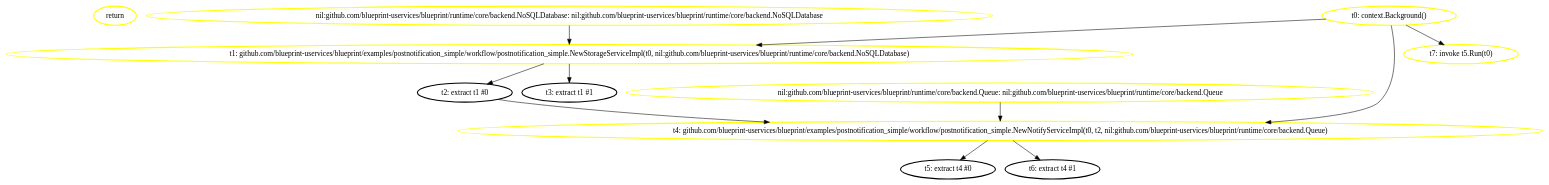
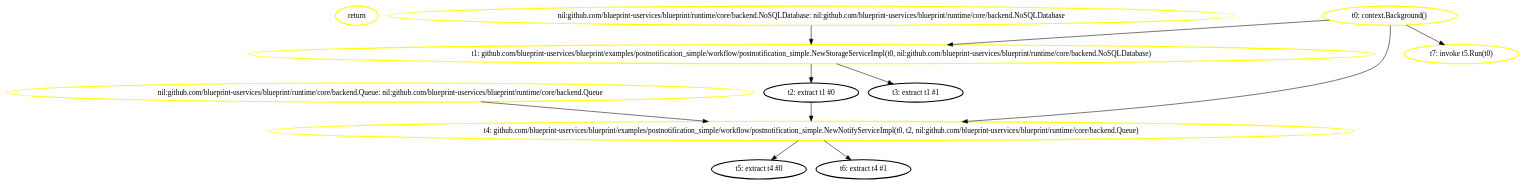
One commit to aletheia-microservices/aletheia changed the diagram in ssa_analysis/analyzer/output/blueprint/postnotification/notifyservice_run/graphs/main.main.dot. Above: the diagram before and after it, drawn with Graphviz. The commit also changed 21 other files, not shown here.

```diff
--- a/ssa_analysis/analyzer/output/blueprint/postnotification/notifyservice_run/graphs/main.main.dot
+++ b/ssa_analysis/analyzer/output/blueprint/postnotification/notifyservice_run/graphs/main.main.dot
@@ -1,24 +1,24 @@
 digraph G {
 	rankdir=TD;
-	N_instr_ret_1243164038 [label="return", style=bold, shape=ellipse, color="yellow"];
-	N_nil_1835283960 [label="nil:github.com/blueprint-uservices/blueprint/runtime/core/backend.NoSQLDatabase: nil:github.com/blueprint-uservices/blueprint/runtime/core/backend.NoSQLDatabase", style=bold, shape=ellipse, color="yellow"];
-	N_nil_688110876 [label="nil:github.com/blueprint-uservices/blueprint/runtime/core/backend.Queue: nil:github.com/blueprint-uservices/blueprint/runtime/core/backend.Queue", style=bold, shape=ellipse, color="yellow"];
+	N_instr_ret_8329678 [label="return", style=bold, shape=ellipse, color="yellow"];
+	N_nil_1514921166 [label="nil:github.com/blueprint-uservices/blueprint/runtime/core/backend.Queue: nil:github.com/blueprint-uservices/blueprint/runtime/core/backend.Queue", style=bold, shape=ellipse, color="yellow"];
+	N_nil_2006898575 [label="nil:github.com/blueprint-uservices/blueprint/runtime/core/backend.NoSQLDatabase: nil:github.com/blueprint-uservices/blueprint/runtime/core/backend.NoSQLDatabase", style=bold, shape=ellipse, color="yellow"];
 	N_val_call_254 [label="t0: context.Background()", style=bold, shape=ellipse, color="yellow"];
 	N_val_call_360 [label="t1: github.com/blueprint-uservices/blueprint/examples/postnotification_simple/workflow/postnotification_simple.NewStorageServiceImpl(t0, nil:github.com/blueprint-uservices/blueprint/runtime/core/backend.NoSQLDatabase)", style=bold, shape=ellipse, color="yellow"];
 	N_val_call_479 [label="t4: github.com/blueprint-uservices/blueprint/examples/postnotification_simple/workflow/postnotification_simple.NewNotifyServiceImpl(t0, t2, nil:github.com/blueprint-uservices/blueprint/runtime/core/backend.Queue)", style=bold, shape=ellipse, color="yellow"];
 	N_val_call_541 [label="t7: invoke t5.Run(t0)", style=bold, shape=ellipse, color="yellow"];
 	N_val_extrt2 [label="t2: extract t1 #0", style=bold, shape=ellipse, color="black"];
 	N_val_extrt3 [label="t3: extract t1 #1", style=bold, shape=ellipse, color="black"];
 	N_val_extrt5 [label="t5: extract t4 #0", style=bold, shape=ellipse, color="black"];
 	N_val_extrt6 [label="t6: extract t4 #1", style=bold, shape=ellipse, color="black"];
 	N_val_call_254 -> N_val_call_360;
-	N_nil_1835283960 -> N_val_call_360;
+	N_nil_2006898575 -> N_val_call_360;
 	N_val_call_360 -> N_val_extrt2;
 	N_val_call_360 -> N_val_extrt3;
 	N_val_call_254 -> N_val_call_479;
 	N_val_extrt2 -> N_val_call_479;
-	N_nil_688110876 -> N_val_call_479;
+	N_nil_1514921166 -> N_val_call_479;
 	N_val_call_479 -> N_val_extrt5;
 	N_val_call_479 -> N_val_extrt6;
 	N_val_call_254 -> N_val_call_541;
 }
```
